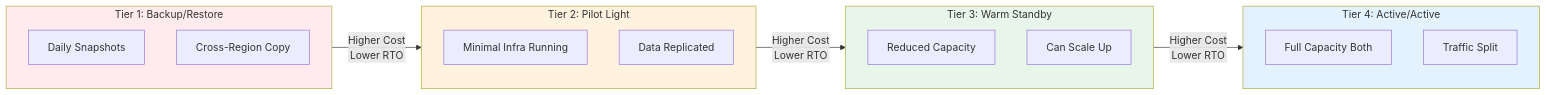
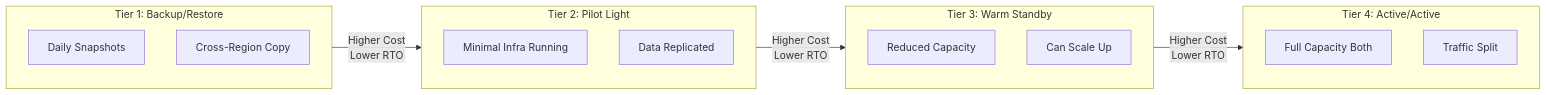
One commit to udaytamma/Cyrus changed the first of 9 diagrams in gemini-responses/resilience-dr-aws.md. Above: the diagram before and after it, drawn with Mermaid. The commit also changed other lines of this file and 8 other files, not shown here.

````diff
--- a/gemini-responses/resilience-dr-aws.md
+++ b/gemini-responses/resilience-dr-aws.md
@@ -22,31 +28,26 @@
 ```mermaid
 flowchart LR
     subgraph Tier1["Tier 1: Backup/Restore"]
         B1[Daily Snapshots]
         B2[Cross-Region Copy]
     end
 
     subgraph Tier2["Tier 2: Pilot Light"]
         P1[Minimal Infra Running]
         P2[Data Replicated]
     end
 
     subgraph Tier3["Tier 3: Warm Standby"]
         W1[Reduced Capacity]
         W2[Can Scale Up]
     end
 
     subgraph Tier4["Tier 4: Active/Active"]
         A1[Full Capacity Both]
         A2[Traffic Split]
     end
 
     Tier1 -->|"Higher Cost<br/>Lower RTO"| Tier2
     Tier2 -->|"Higher Cost<br/>Lower RTO"| Tier3
     Tier3 -->|"Higher Cost<br/>Lower RTO"| Tier4
-
-    style Tier1 fill:#ffebee
-    style Tier2 fill:#fff3e0
-    style Tier3 fill:#e8f5e9
-    style Tier4 fill:#e3f2fd
 ```
````
